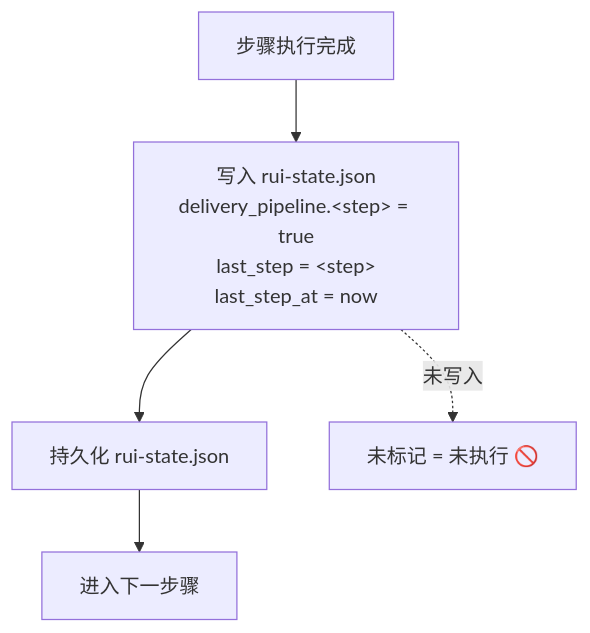
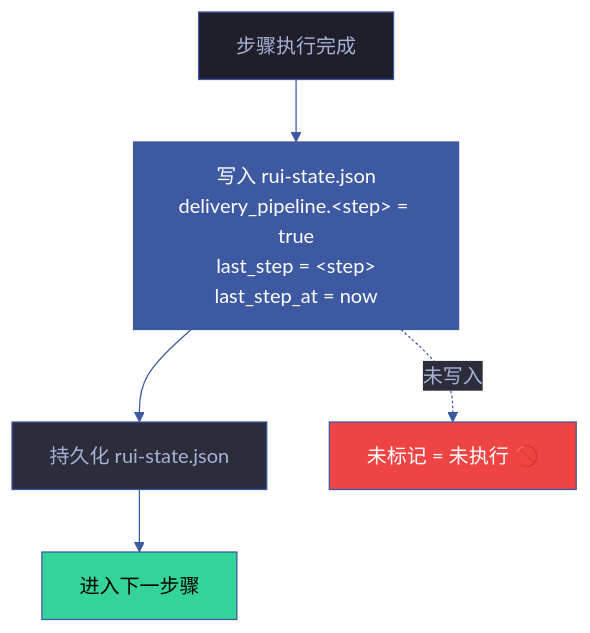
The fifth of 6 diagrams in skills/rui/rules/delivery-gate.md (effiy/YrY), drawn with Mermaid before and after one commit. The commit also changed other lines of this file and 1028 other files, not shown here.

````diff
--- a/skills/rui/rules/delivery-gate.md
+++ b/skills/rui/rules/delivery-gate.md
@@ -159,8 +236,20 @@
 ```mermaid
+%%{init: {'theme': 'base', 'themeVariables': {
+  'primaryColor': '#1e1f2b',
+  'primaryTextColor': '#a9b1d6',
+  'primaryBorderColor': '#3d59a1',
+  'lineColor': '#3d59a1',
+  'secondaryColor': '#2b2d3b',
+  'tertiaryColor': '#21232f'
+}}}%%
 flowchart TD
     EXEC["步骤执行完成"] --> CALL["写入 rui-state.json<br/>delivery_pipeline.&lt;step&gt; = true<br/>last_step = &lt;step&gt;<br/>last_step_at = now"]:::api
     CALL --> WRITE["持久化 rui-state.json"]:::state
     WRITE --> NEXT["进入下一步骤"]:::next
     CALL -.->|"未写入"| VIOL["未标记 = 未执行 🚫"]:::block
 
+    classDef api fill:#3d59a1,color:#fff
+    classDef state fill:#2b2d3b,stroke:#3d59a1,color:#a9b1d6
+    classDef next fill:#34d399,color:#000
+    classDef block fill:#ef4444,color:#fff
 ```
````
